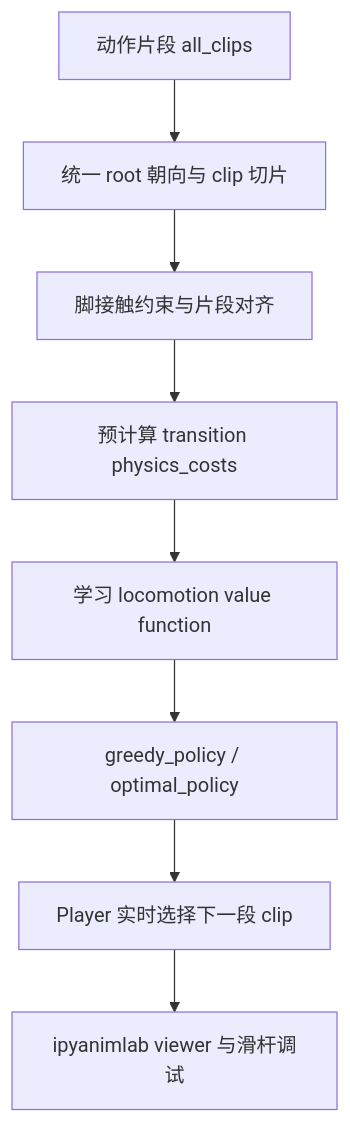
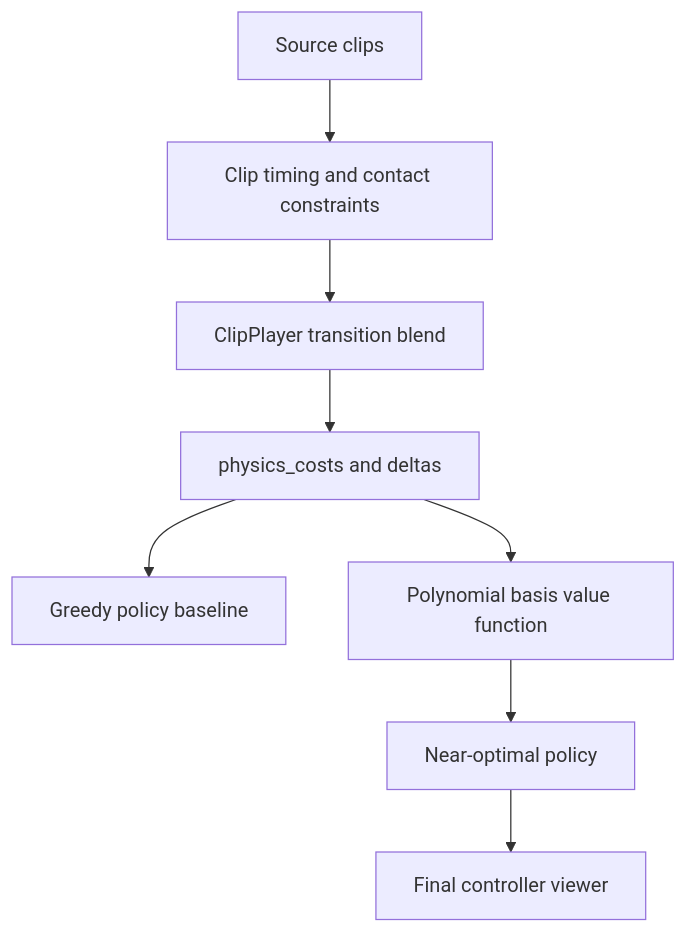
One commit to EvihGraphics/AnimationTech-HTC changed the first of 5 diagrams in docs/blog/AnimationPapers/near_optimal_character_animation_with_continuous_control/README.md. Above: the diagram before and after it, drawn with Mermaid. The commit also changed other lines of this file and 319 other files, not shown here.

````diff
--- a/docs/blog/AnimationPapers/near_optimal_character_animation_with_continuous_control/README.md
+++ b/docs/blog/AnimationPapers/near_optimal_character_animation_with_continuous_control/README.md
@@ -27,10 +27,10 @@
 ```mermaid
 flowchart TD
-    A[动作片段 all_clips] --> B[统一 root 朝向与 clip 切片]
-    B --> C[脚接触约束与片段对齐]
-    C --> D[预计算 transition physics_costs]
-    D --> E[学习 locomotion value function]
-    E --> F[greedy_policy / optimal_policy]
-    F --> G[Player 实时选择下一段 clip]
-    G --> H[ipyanimlab viewer 与滑杆调试]
+    A[Source clips] --> B[Clip timing and contact constraints]
+    B --> C[ClipPlayer transition blend]
+    C --> D[physics_costs and deltas]
+    D --> E[Greedy policy baseline]
+    D --> F[Polynomial basis value function]
+    F --> G[Near-optimal policy]
+    G --> H[Final controller viewer]
 ```
````
